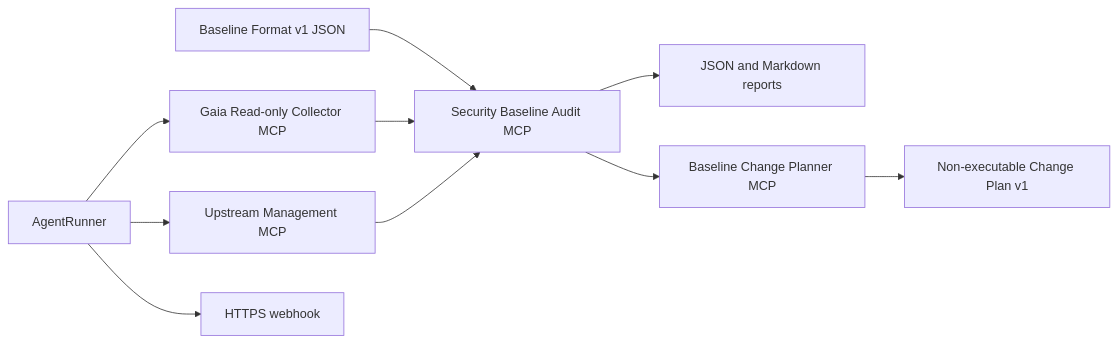
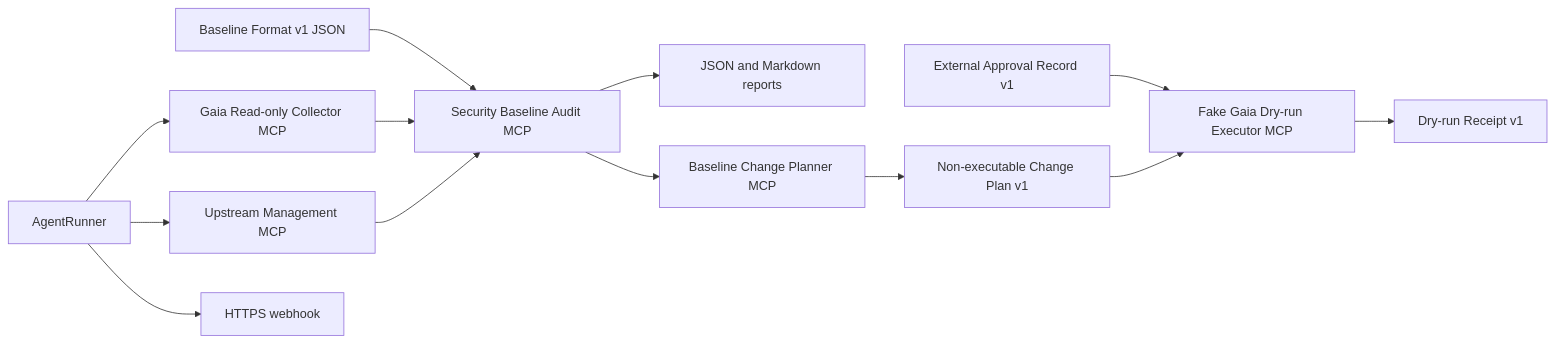
Before and after one commit to focuslight-nr/mcp-servers: the diagram in docs/experimental-baseline-audit-extension.md, drawn with Mermaid. The commit also changed other lines of this file and 25 other files, not shown here.

Commit message:
Add approval-bound fake Gaia dry runs

````diff
--- a/docs/experimental-baseline-audit-extension.md
+++ b/docs/experimental-baseline-audit-extension.md
@@ -22,12 +22,15 @@
 ```mermaid
 flowchart LR
   Baseline[Baseline Format v1 JSON] --> Audit[Security Baseline Audit MCP]
   Runner[AgentRunner] --> Collector[Gaia Read-only Collector MCP]
   Runner --> Management[Upstream Management MCP]
   Collector --> Audit[Security Baseline Audit MCP]
   Management --> Audit
   Audit --> Reports[JSON and Markdown reports]
   Audit --> Planner[Baseline Change Planner MCP]
   Planner --> Proposal[Non-executable Change Plan v1]
+  Approval[External Approval Record v1] --> FakeExecutor[Fake Gaia Dry-run Executor MCP]
+  Proposal --> FakeExecutor
+  FakeExecutor --> Receipt[Dry-run Receipt v1]
   Runner --> Notify[HTTPS webhook]
 ```
````
